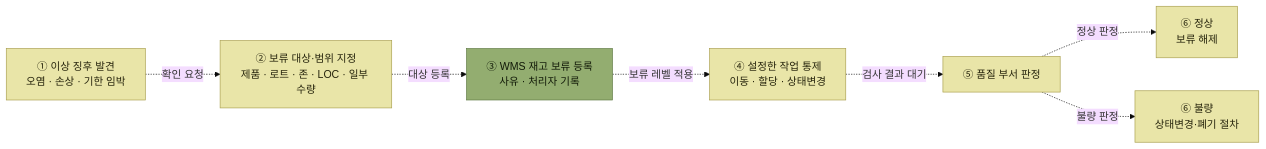
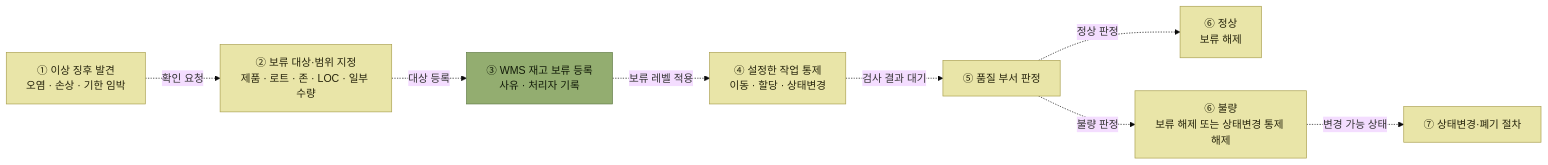
Before and after one commit to devholic22/logistics-backend-study: the diagram in books/wms-원리와-이해/6-재고관리/3-재고-보류.md, drawn with Mermaid (base theme). The commit also changed 2 other files, not shown here.

Commit message:
docs: address inventory review feedback

````diff
--- a/books/wms-원리와-이해/6-재고관리/3-재고-보류.md
+++ b/books/wms-원리와-이해/6-재고관리/3-재고-보류.md
@@ -35,22 +35,24 @@
 ```mermaid
 flowchart LR
     ISSUE["① 이상 징후 발견<br/>오염 · 손상 · 기한 임박"]
     SCOPE["② 보류 대상·범위 지정<br/>제품 · 로트 · 존 · LOC · 일부 수량"]
     HOLD["③ WMS 재고 보류 등록<br/>사유 · 처리자 기록"]
     BLOCK["④ 설정한 작업 통제<br/>이동 · 할당 · 상태변경"]
     QA["⑤ 품질 부서 판정"]
     RELEASE["⑥ 정상<br/>보류 해제"]
-    CHANGE["⑥ 불량<br/>상태변경·폐기 절차"]
+    UNLOCK["⑥ 불량<br/>보류 해제 또는 상태변경 통제 해제"]
+    CHANGE["⑦ 상태변경·폐기 절차"]
 
     ISSUE -. "확인 요청" .-> SCOPE
     SCOPE -. "대상 등록" .-> HOLD
     HOLD -. "보류 레벨 적용" .-> BLOCK
     BLOCK -. "검사 결과 대기" .-> QA
     QA -. "정상 판정" .-> RELEASE
-    QA -. "불량 판정" .-> CHANGE
+    QA -. "불량 판정" .-> UNLOCK
+    UNLOCK -. "변경 가능 상태" .-> CHANGE
 
     classDef sys fill:#e9e5a8,stroke:#a99f4d,color:#26240c
     classDef core fill:#93ad70,stroke:#5f7a44,color:#121a08
-    class ISSUE,SCOPE,BLOCK,QA,RELEASE,CHANGE sys
+    class ISSUE,SCOPE,BLOCK,QA,RELEASE,UNLOCK,CHANGE sys
     class HOLD core
 ```
````
